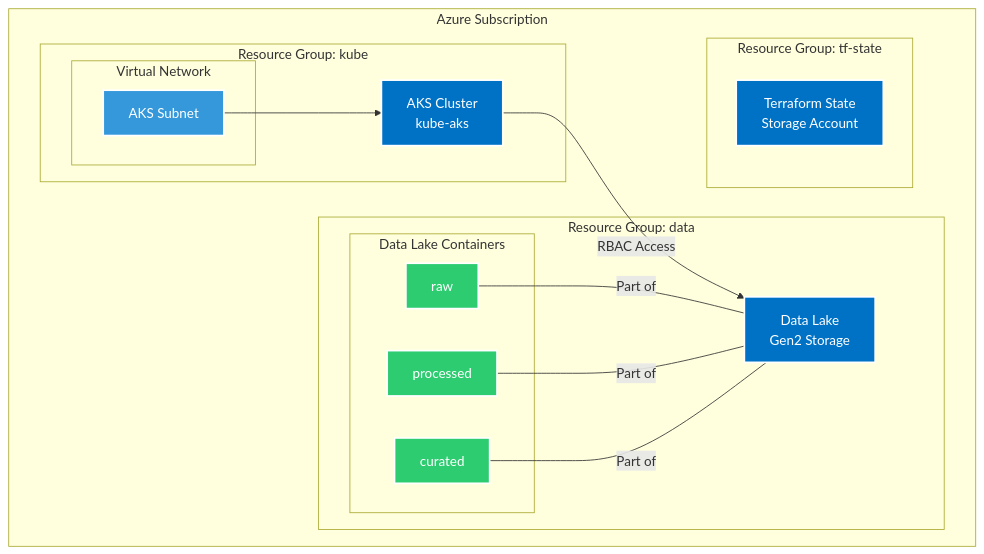
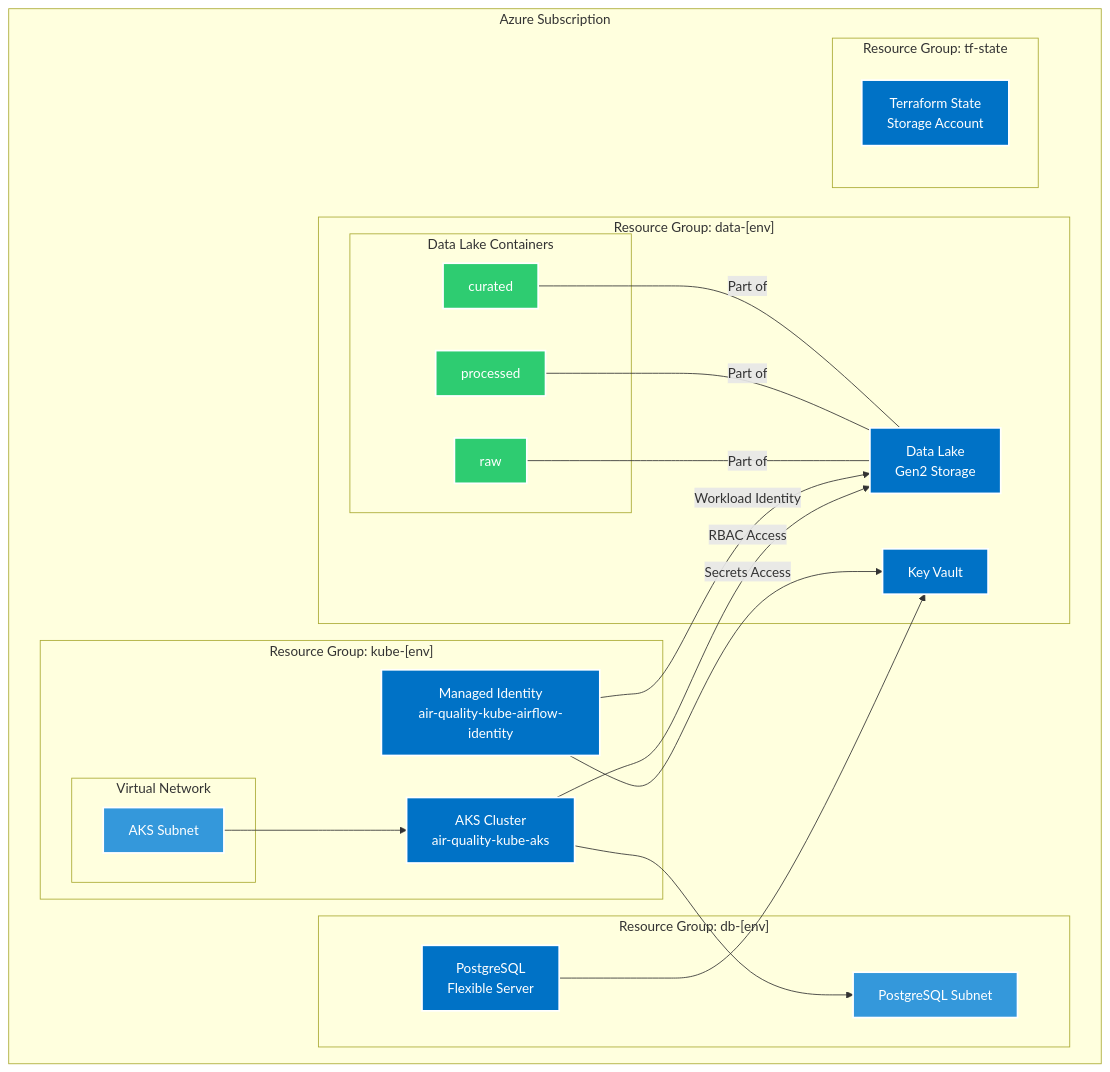
Before and after one commit to waddafunk/the-air-quality-project-infrastructure-as-code: the first of 3 diagrams in README.md, drawn with Mermaid. The commit also changed other lines of this file, not shown here.

````diff
--- a/README.md
+++ b/README.md
@@ -9,36 +9,47 @@
 ```mermaid
 graph TB
     subgraph "Azure Subscription"
-        subgraph "Resource Group: kube"
-            AKS["AKS Cluster<br/>kube-aks"]
+        subgraph "Resource Group: kube-[env]"
+            AKS["AKS Cluster<br/>air-quality-kube-aks"]
+            MSID["Managed Identity<br/>air-quality-kube-airflow-identity"]
             subgraph "Virtual Network"
-                SUBNET["AKS Subnet"]
+                AKSSUBNET["AKS Subnet"]
             end
         end
         
-        subgraph "Resource Group: data"
+        subgraph "Resource Group: data-[env]"
             DL["Data Lake<br/>Gen2 Storage"]
+            KV["Key Vault"]
             subgraph "Data Lake Containers"
                 RAW["raw"]
                 PROCESSED["processed"]
                 CURATED["curated"]
             end
         end
         
+        subgraph "Resource Group: db-[env]"
+            PG["PostgreSQL<br/>Flexible Server"]
+            PGSUBNET["PostgreSQL Subnet"]
+        end
+        
         subgraph "Resource Group: tf-state"
             TFSTATE["Terraform State<br/>Storage Account"]
         end
     end
     
-    SUBNET --> AKS
+    AKSSUBNET --> AKS
     AKS -->|RBAC Access| DL
+    AKS --> PGSUBNET
+    MSID -->|Workload Identity| DL
+    MSID -->|Secrets Access| KV
+    PG --> KV
     RAW & PROCESSED & CURATED ---|"Part of"| DL
     
     classDef azure fill:#0072C6,stroke:#fff,stroke-width:2px,color:#fff
     classDef storage fill:#3498DB,stroke:#fff,stroke-width:2px,color:#fff
     classDef container fill:#2ECC71,stroke:#fff,stroke-width:2px,color:#fff
     
-    class AKS,DL,TFSTATE azure
+    class AKS,DL,TFSTATE,PG,KV,MSID azure
     class RAW,PROCESSED,CURATED container
-    class SUBNET storage
+    class AKSSUBNET,PGSUBNET storage
 ```
````
